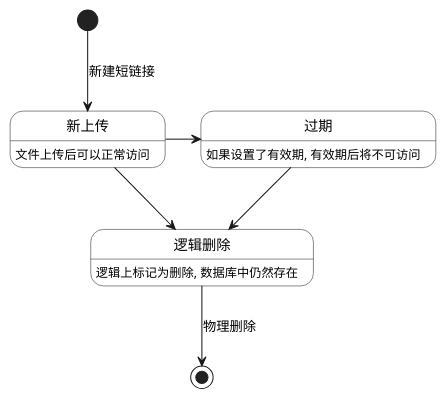
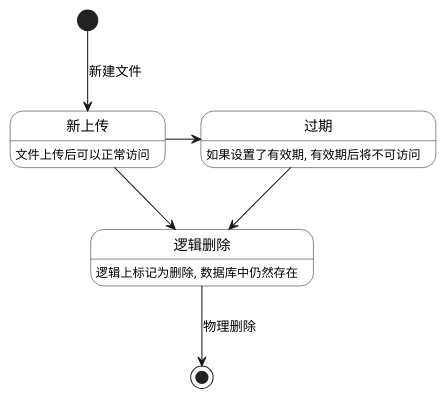
The diagram in a-uml/其他/文件存储状态图.puml (hitzaki/biz-center), drawn with PlantUML before and after one commit. The commit also changed 32 other files, not shown here.

```diff
--- a/a-uml/其他/文件存储状态图.puml
+++ b/a-uml/其他/文件存储状态图.puml
@@ -1,18 +1,18 @@
 @startuml
 
 state 新上传 #white
 新上传 : 文件上传后可以正常访问
 state 过期 #white
 过期: 如果设置了有效期, 有效期后将不可访问
 state 逻辑删除 #white
 逻辑删除: 逻辑上标记为删除, 数据库中仍然存在
 
-[*] --> 新上传: 新建短链接
+[*] --> 新上传: 新建文件
 
 新上传 -> 过期
 过期 --> 逻辑删除
 新上传 --> 逻辑删除
 
 逻辑删除 --> [*]: 物理删除
 
 @enduml
```
